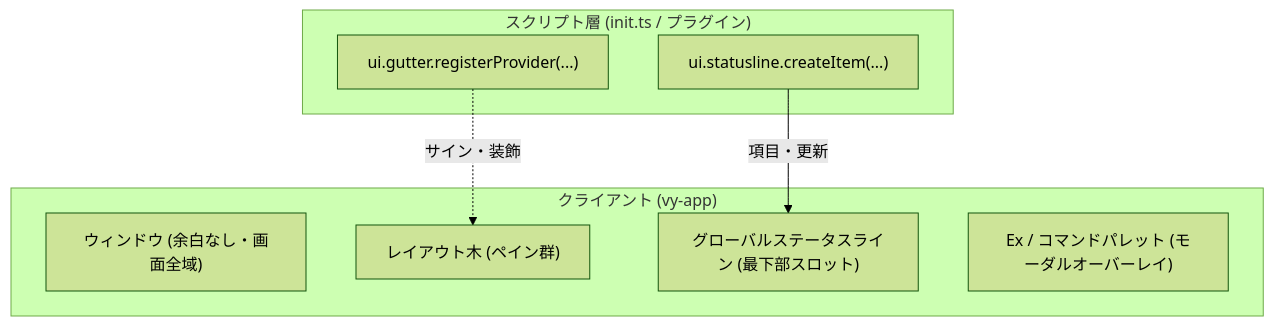
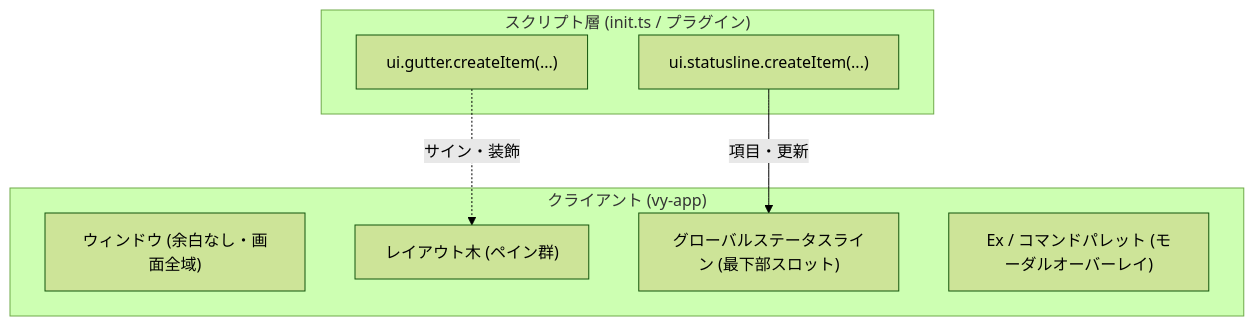
One commit to nazo6/vy changed the second of 2 diagrams in docs/ui.md. Above: the diagram before and after it, drawn with Mermaid (forest theme). The commit also changed other lines of this file and 1 other file, not shown here.

Commit message:
docs(api): finish the generated-type documentation
- record the Rust-first boundary in api.md §1 and update signatures to the
  params-object form
- describe Document, the typed slot tokens, and the deferred provider APIs
- note the enum-typed widget vocabulary in ui.md

````diff
--- a/docs/ui.md
+++ b/docs/ui.md
@@ -201,15 +201,15 @@
 ```mermaid
 flowchart TD
     subgraph Client["クライアント (vy-app)"]
         W["ウィンドウ (余白なし・画面全域)"]
         L["レイアウト木 (ペイン群)"]
         S["グローバルステータスライン (最下部スロット)"]
         E["Ex / コマンドパレット (モーダルオーバーレイ)"]
     end
     subgraph Script["スクリプト層 (init.ts / プラグイン)"]
         SL["ui.statusline.createItem(...)"]
-        GT["ui.gutter.registerProvider(...)"]
+        GT["ui.gutter.createItem(...)"]
     end
     SL -->|項目・更新| S
     GT -.->|サイン・装飾| L
 ```
````
